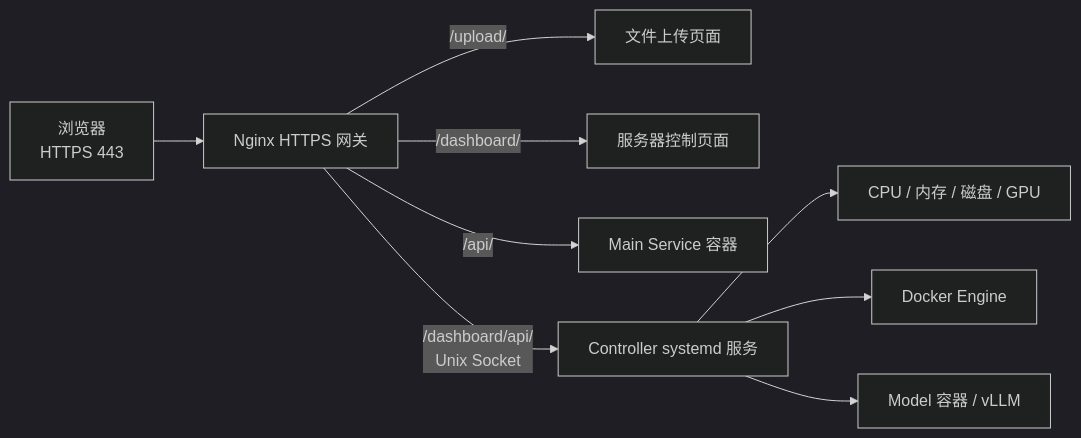
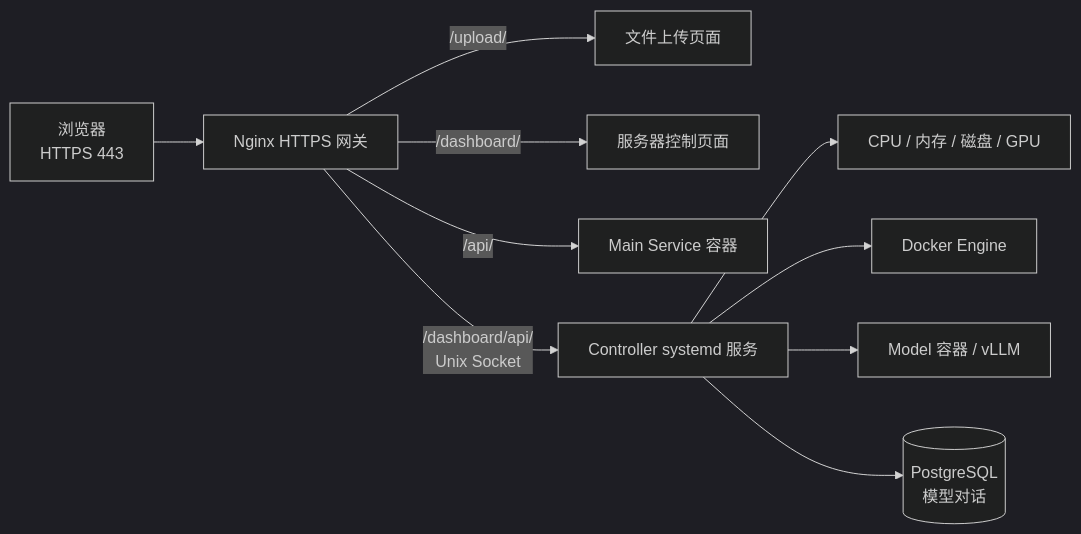
The diagram in README.md (niconiconi-4k/omni_ai_controller), drawn with Mermaid (dark theme) before and after one commit. The commit also changed other lines of this file and 6 other files, not shown here.

````diff
--- a/README.md
+++ b/README.md
@@ -7,11 +7,12 @@
 ```mermaid
 flowchart LR
 	Browser["浏览器<br/>HTTPS 443"] --> Gateway["Nginx HTTPS 网关"]
 	Gateway -->|/upload/| UploadUI["文件上传页面"]
 	Gateway -->|/dashboard/| AdminUI["服务器控制页面"]
 	Gateway -->|/api/| UploadAPI["Main Service 容器"]
 	Gateway -->|/dashboard/api/<br/>Unix Socket| Controller["Controller systemd 服务"]
 	Controller --> Hardware["CPU / 内存 / 磁盘 / GPU"]
 	Controller --> Docker["Docker Engine"]
 	Controller --> Model["Model 容器 / vLLM"]
+	Controller --> ConversationDB[("PostgreSQL<br/>模型对话")]
 ```
````
